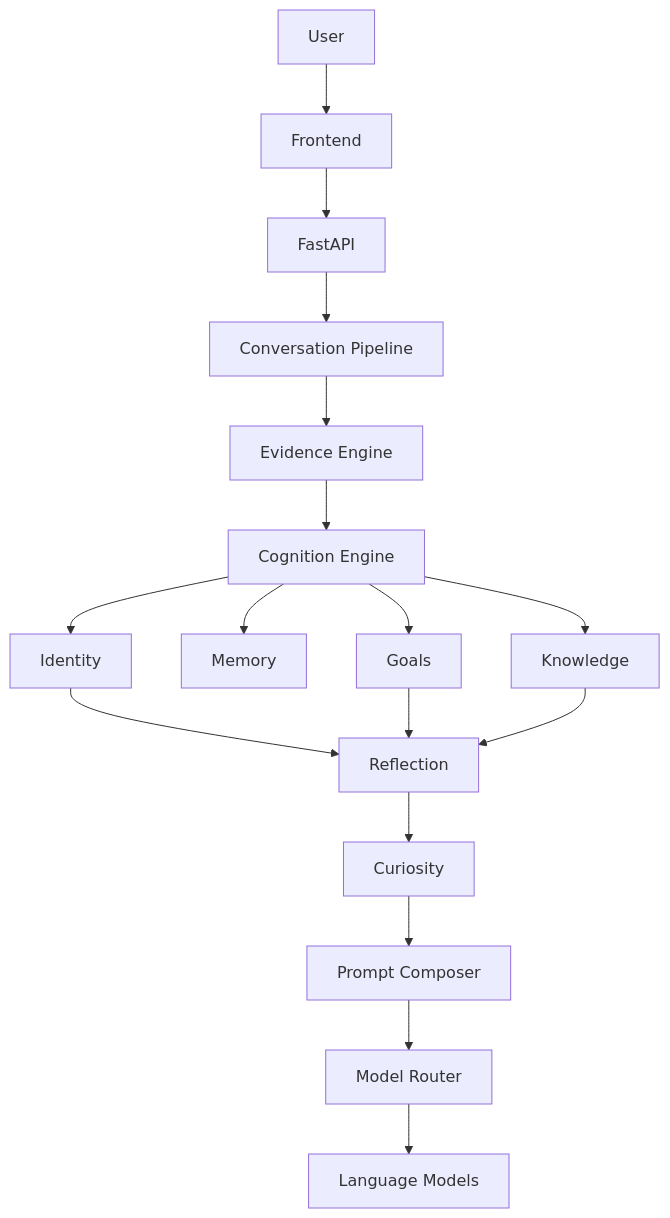
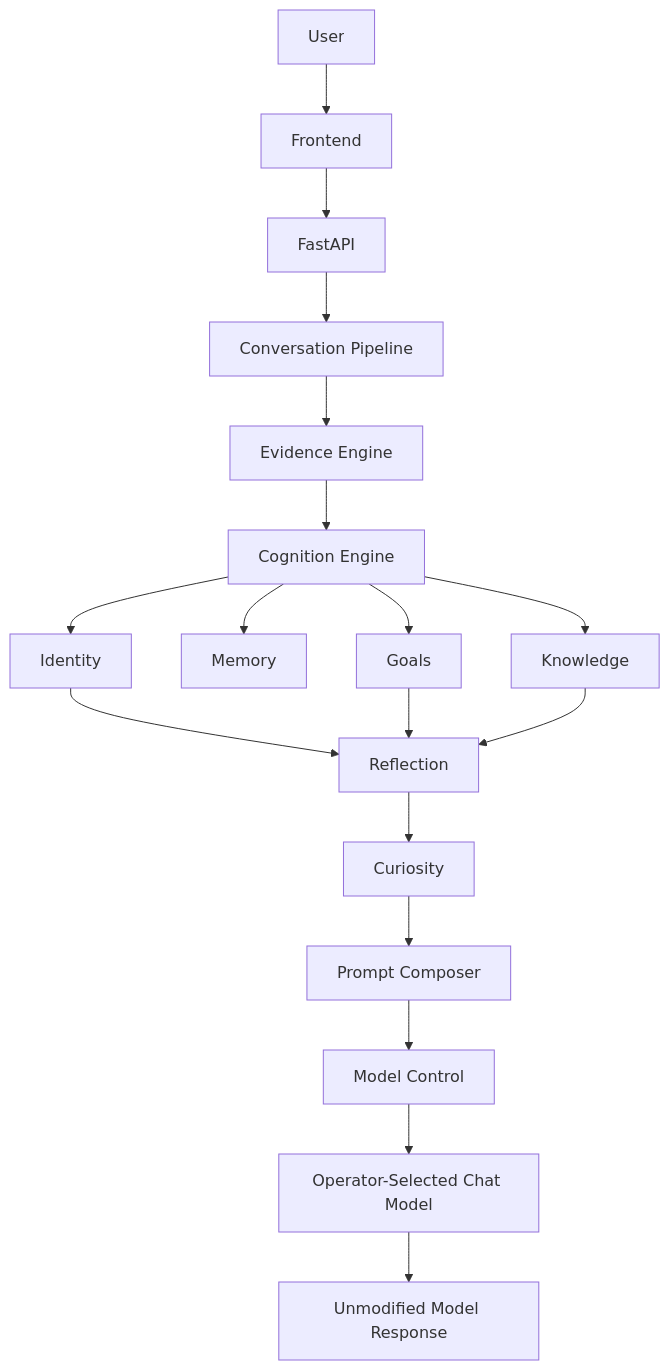
One commit to billhaitesme/The-Turning changed the first of 2 diagrams in SYSTEM_OVERVIEW.md. Above: the diagram before and after it, drawn with Mermaid. The commit also changed other lines of this file and 21 other files, not shown here.

````diff
--- a/SYSTEM_OVERVIEW.md
+++ b/SYSTEM_OVERVIEW.md
@@ -29,19 +29,20 @@
 ```mermaid
 flowchart TD
     User[User] --> Frontend[Frontend]
     Frontend --> FastAPI[FastAPI]
     FastAPI --> Conversation[Conversation Pipeline]
     Conversation --> Evidence[Evidence Engine]
     Evidence --> Cognition[Cognition Engine]
     Cognition --> Identity[Identity]
     Cognition --> Memory[Memory]
     Cognition --> Goals[Goals]
     Cognition --> Knowledge[Knowledge]
     Identity --> Reflection[Reflection]
     Goals --> Reflection
     Knowledge --> Reflection
     Reflection --> Curiosity[Curiosity]
     Curiosity --> Prompt[Prompt Composer]
-    Prompt --> Router[Model Router]
-    Router --> Models[Language Models]
+    Prompt --> Control[Model Control]
+    Control --> ActiveModel[Operator-Selected Chat Model]
+    ActiveModel --> DirectResponse[Unmodified Model Response]
 ```
````
